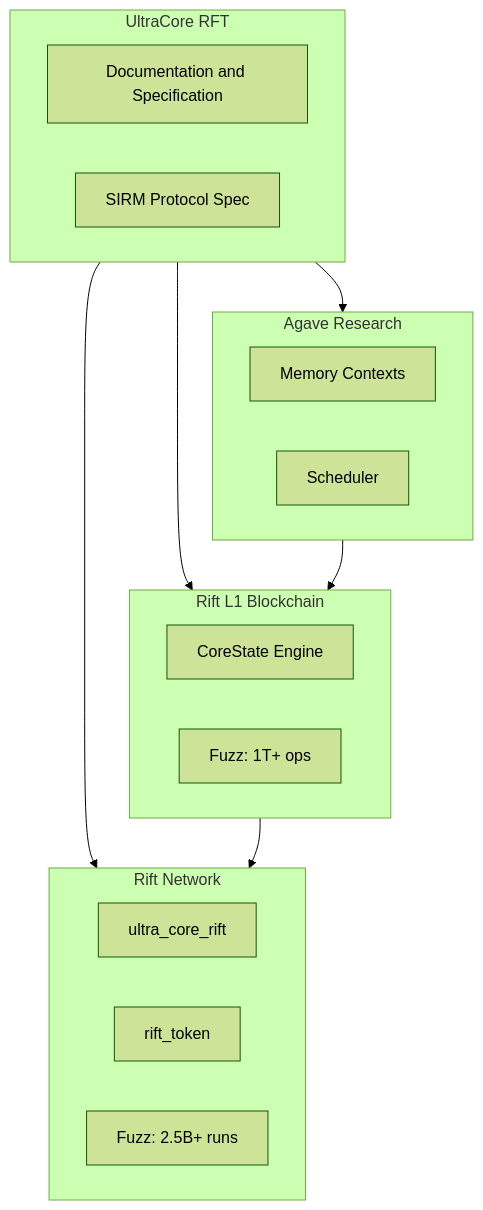
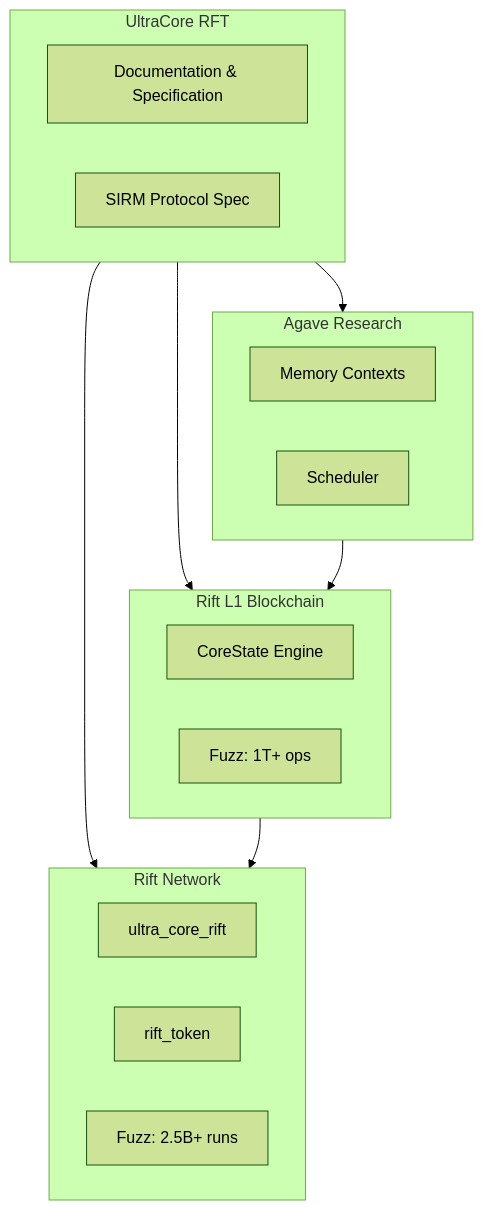
Before and after one commit to RFT-SIRM/UltraCore-RFT: the diagram in docs/index.md, drawn with Mermaid (forest theme). The commit also changed other lines of this file and 11 other files, not shown here.

````diff
--- a/docs/index.md
+++ b/docs/index.md
@@ -11,29 +22,25 @@
 ```mermaid
 flowchart TB
     subgraph ULTRA["UltraCore RFT"]
-        DOCS["Documentation and Specification"]
+        DOCS["Documentation & Specification"]
         SPEC["SIRM Protocol Spec"]
     end
-
     subgraph L1["Rift L1 Blockchain"]
         CORE["CoreState Engine"]
         FUZZ1["Fuzz: 1T+ ops"]
     end
-
     subgraph NET["Rift Network"]
         ANCHOR["ultra_core_rift"]
         TOKEN["rift_token"]
         FUZZ2["Fuzz: 2.5B+ runs"]
     end
-
     subgraph AGAVE["Agave Research"]
         MEM["Memory Contexts"]
         SCHED["Scheduler"]
     end
-
     ULTRA --> L1
     ULTRA --> NET
     ULTRA --> AGAVE
     L1 --> NET
     AGAVE --> L1
 ```
````
